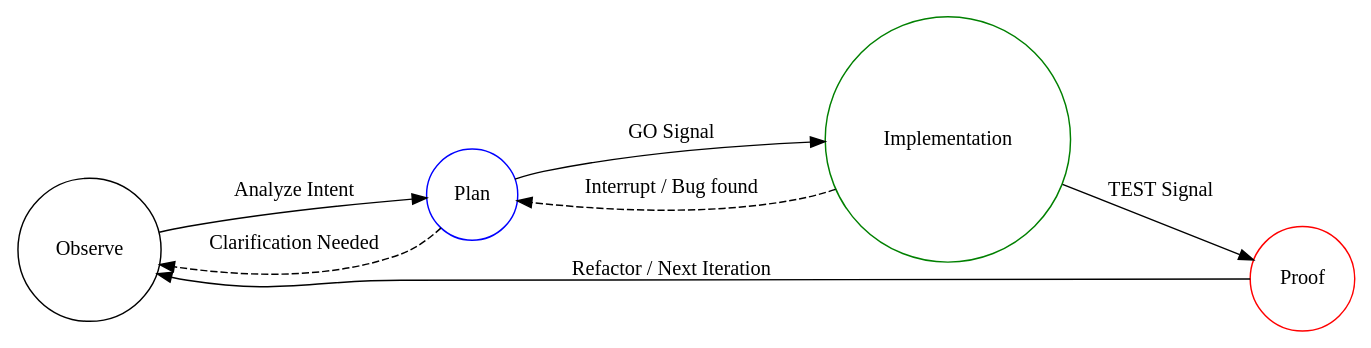
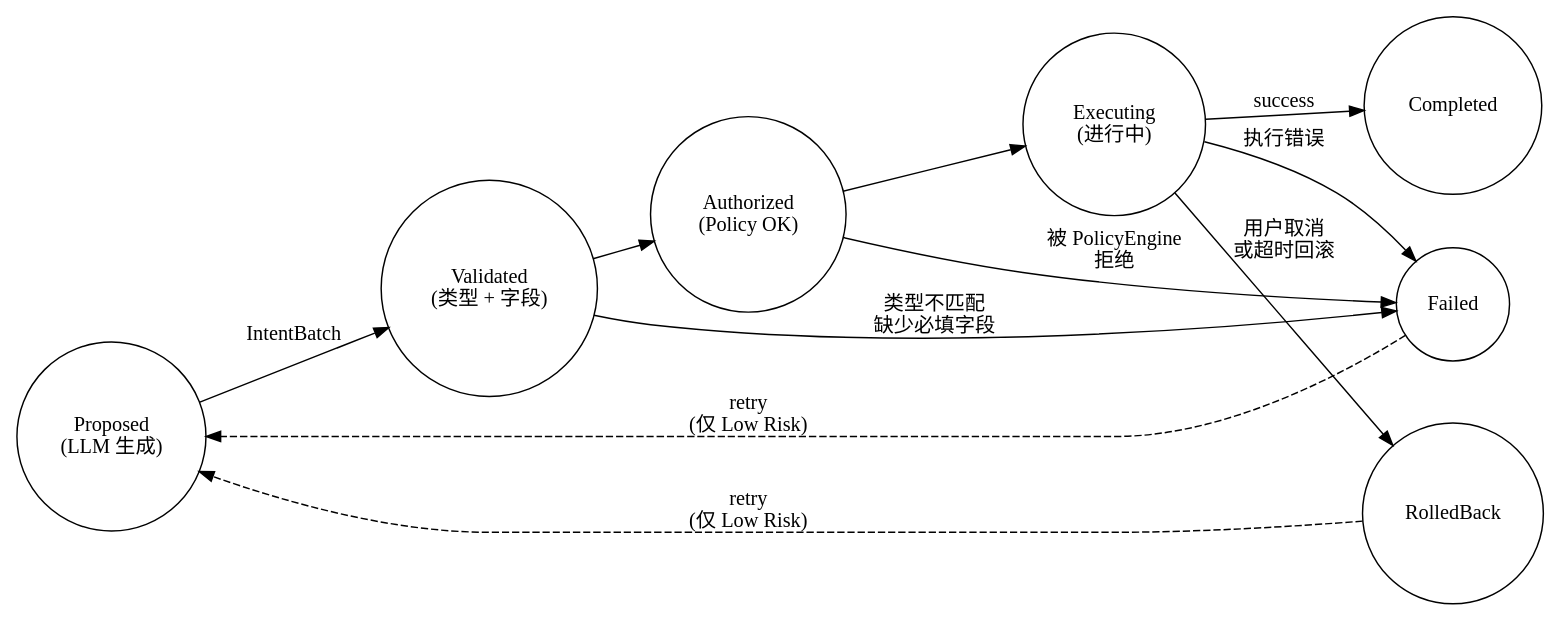
Before and after one commit to 114August514/DiPECS: the second of 2 diagrams in docs/src/design/states.md, drawn with Graphviz. The commit also changed other lines of this file and 36 other files, not shown here.

````diff
--- a/docs/src/design/states.md
+++ b/docs/src/design/states.md
@@ -7,20 +61,25 @@
 ```dot
-digraph G {
+digraph Action {
     rankdir=LR;
     node [shape=circle];
 
-    Observe [label="Observe", color=black];
-    Plan [label="Plan", color=blue];
-    Implementation [label="Implementation", color=green];
-    Proof [label="Proof", color=red];
+    Proposed [label="Proposed\n(LLM 生成)"];
+    Validated [label="Validated\n(类型 + 字段)"];
+    Authorized [label="Authorized\n(Policy OK)"];
+    Executing [label="Executing\n(进行中)"];
+    Completed [label="Completed"];
+    Failed [label="Failed"];
+    RolledBack [label="RolledBack"];
 
-    Observe -> Plan [label="Analyze Intent"];
-    Plan -> Implementation [label="GO Signal"];
-    Implementation -> Proof [label="TEST Signal"];
-    Proof -> Observe [label="Refactor / Next Iteration"];
-    
-    // Exception paths
-    Plan -> Observe [label="Clarification Needed", style=dashed];
-    Implementation -> Plan [label="Interrupt / Bug found", style=dashed];
+    Proposed -> Validated [label="IntentBatch"];
+    Validated -> Authorized;
+    Validated -> Failed [label="类型不匹配\n缺少必填字段"];
+    Authorized -> Executing;
+    Authorized -> Failed [label="被 PolicyEngine\n拒绝"];
+    Executing -> Completed [label="success"];
+    Executing -> Failed [label="执行错误"];
+    Executing -> RolledBack [label="用户取消\n或超时回滚"];
+    Failed -> Proposed [label="retry\n(仅 Low Risk)", style=dashed];
+    RolledBack -> Proposed [label="retry\n(仅 Low Risk)", style=dashed];
 }
 ```
````
